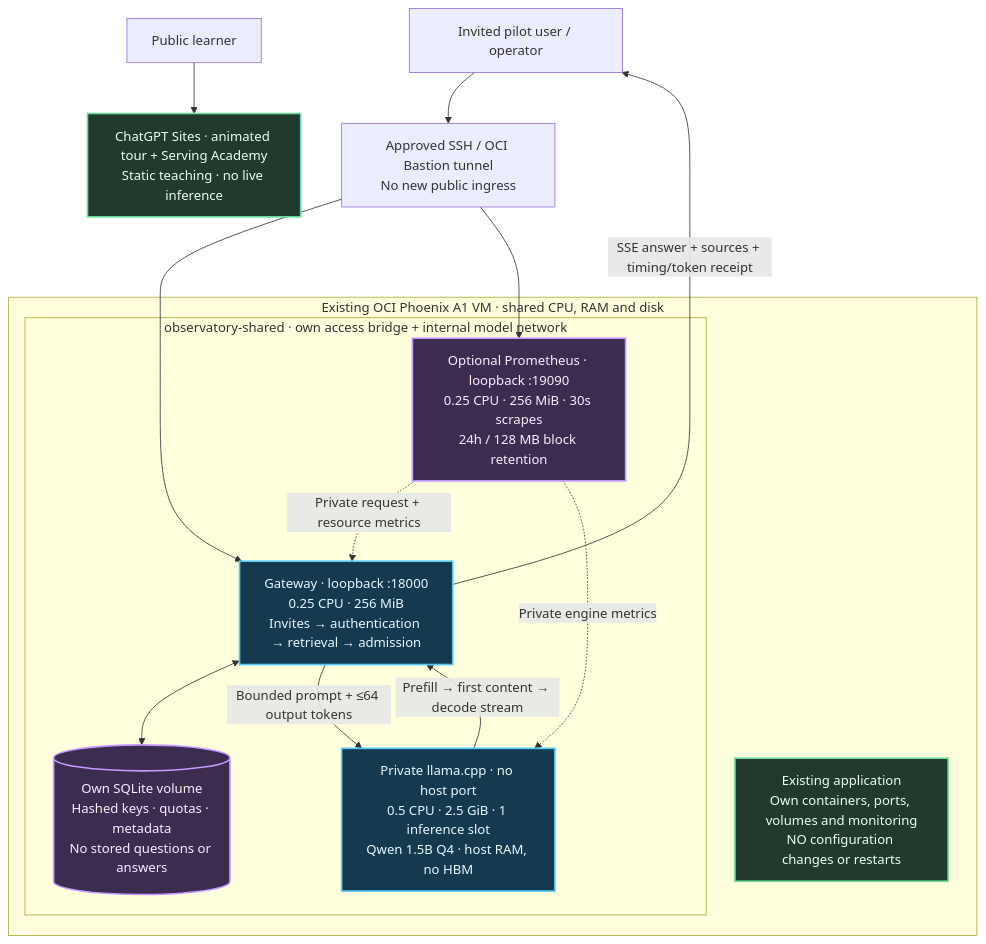
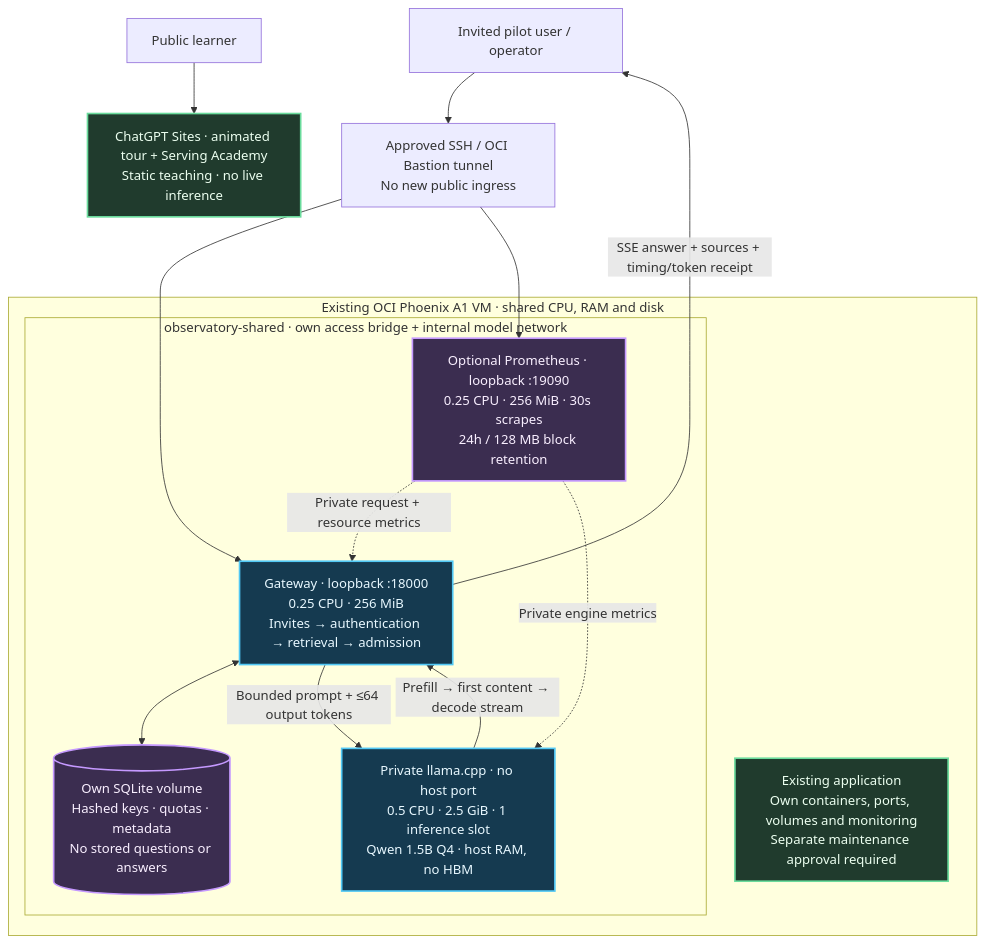
The diagram in docs/oci-shared-host.md (sivalinb/llm-serving-observatory), drawn with Mermaid before and after one commit. The commit also changed other lines of this file and 4 other files, not shown here.

````diff
--- a/docs/oci-shared-host.md
+++ b/docs/oci-shared-host.md
@@ -9,28 +9,28 @@
 ```mermaid
 flowchart TB
   learner["Public learner"] --> sites["ChatGPT Sites · animated tour + Serving Academy<br/>Static teaching · no live inference"]
   operator["Invited pilot user / operator"] --> tunnel["Approved SSH / OCI Bastion tunnel<br/>No new public ingress"]
   subgraph vm["Existing OCI Phoenix A1 VM · shared CPU, RAM and disk"]
-    incumbent["Existing application<br/>Own containers, ports, volumes and monitoring<br/>NO configuration changes or restarts"]
+    incumbent["Existing application<br/>Own containers, ports, volumes and monitoring<br/>Separate maintenance approval required"]
     subgraph own["observatory-shared · own access bridge + internal model network"]
       gateway["Gateway · loopback :18000<br/>0.25 CPU · 256 MiB<br/>Invites → authentication → retrieval → admission"]
       ledger[("Own SQLite volume<br/>Hashed keys · quotas · metadata<br/>No stored questions or answers")]
       model["Private llama.cpp · no host port<br/>0.5 CPU · 2.5 GiB · 1 inference slot<br/>Qwen 1.5B Q4 · host RAM, no HBM"]
       metrics["Optional Prometheus · loopback :19090<br/>0.25 CPU · 256 MiB · 30s scrapes<br/>24h / 128 MB block retention"]
       gateway <--> ledger
       gateway -->|"Bounded prompt + ≤64 output tokens"| model
       model -->|"Prefill → first content → decode stream"| gateway
       metrics -. "Private request + resource metrics" .-> gateway
       metrics -. "Private engine metrics" .-> model
     end
   end
   tunnel --> gateway
   tunnel --> metrics
   gateway -->|"SSE answer + sources + timing/token receipt"| operator
   classDef live fill:#153a50,color:#e8f8ff,stroke:#51c8f5,stroke-width:2px;
   classDef safe fill:#203b2d,color:#ecfff0,stroke:#6adb9c,stroke-width:2px;
   classDef ops fill:#3b2d50,color:#f9efff,stroke:#c599ff,stroke-width:2px;
   class gateway,model live;
   class incumbent,sites safe;
   class metrics,ledger ops;
 ```
````
